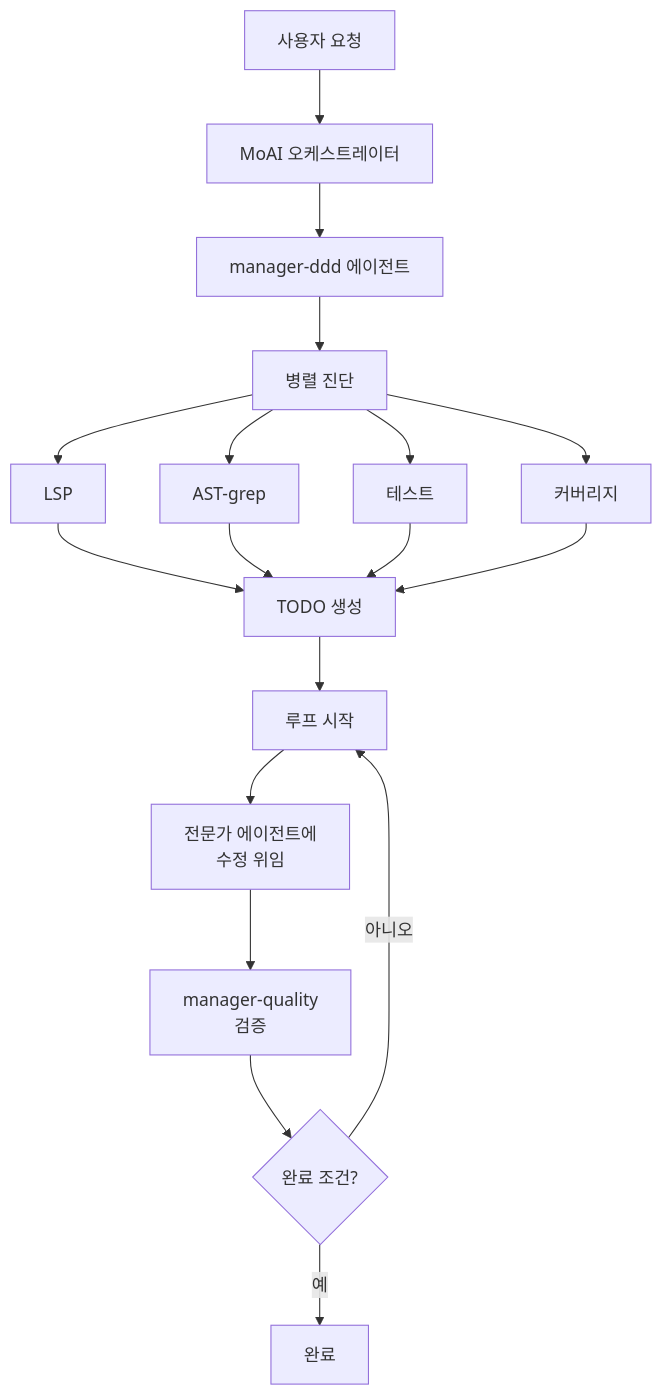
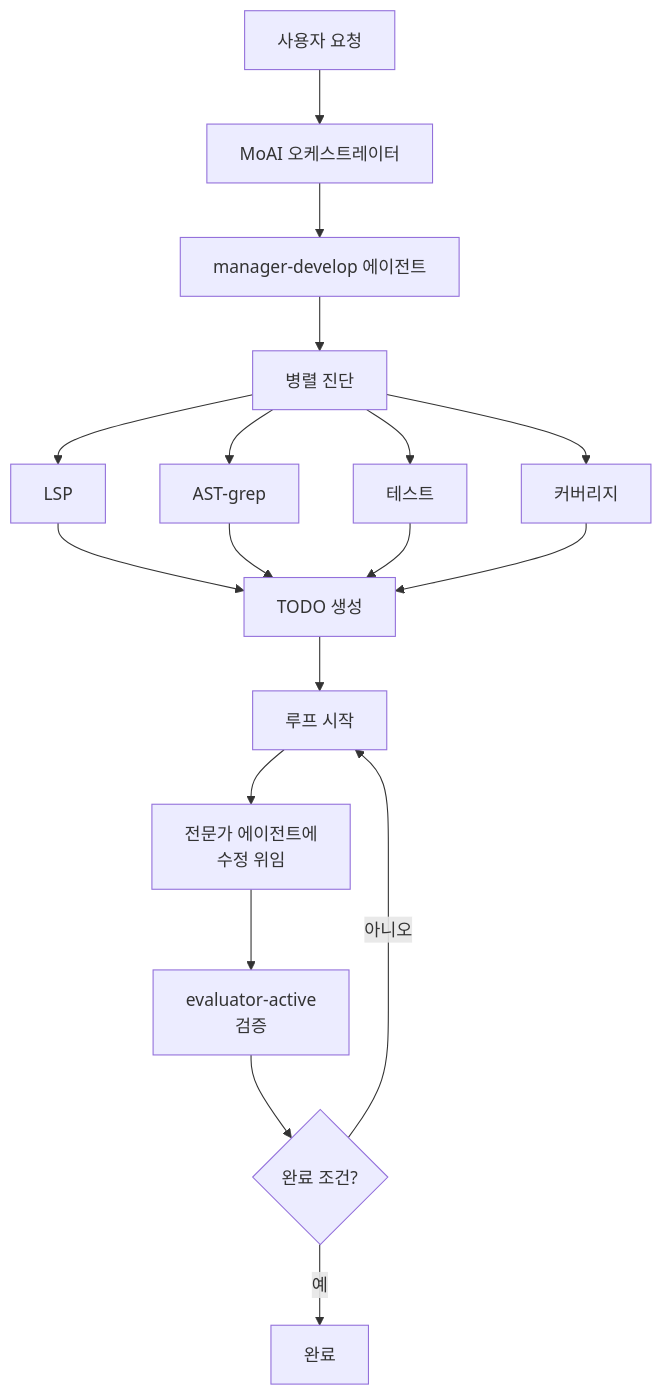
One commit to modu-ai/moai-adk changed the fourth of 4 diagrams in docs-site/content/ko/utility-commands/moai-loop.md. Above: the diagram before and after it, drawn with Mermaid. The commit also changed other lines of this file and 153 other files, not shown here.

````diff
--- a/docs-site/content/ko/utility-commands/moai-loop.md
+++ b/docs-site/content/ko/utility-commands/moai-loop.md
@@ -213,25 +213,25 @@
 ```mermaid
 flowchart TD
     User["사용자 요청"] --> Orchestrator["MoAI 오케스트레이터"]
-    Orchestrator --> ManagerDDD["manager-ddd 에이전트"]
+    Orchestrator --> ManagerDDD["manager-develop 에이전트"]
 
     ManagerDDD --> Diagnose["병렬 진단"]
     Diagnose --> LSP["LSP"]
     Diagnose --> AST["AST-grep"]
     Diagnose --> Test["테스트"]
     Diagnose --> Cov["커버리지"]
 
     LSP --> Todo["TODO 생성"]
     AST --> Todo
     Test --> Todo
     Cov --> Todo
 
     Todo --> Loop["루프 시작"]
 
     Loop --> Fix["전문가 에이전트에<br/>수정 위임"]
-    Fix --> Verify["manager-quality<br/>검증"]
+    Fix --> Verify["evaluator-active<br/>검증"]
 
     Verify --> Complete{"완료 조건?"}
     Complete -->|아니오| Loop
     Complete -->|예| Done["완료"]
 ```
````
